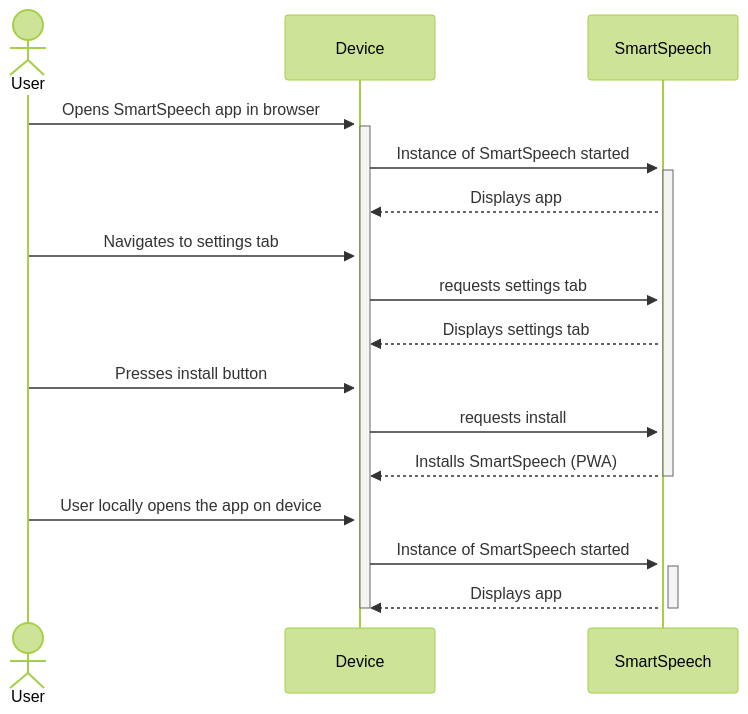
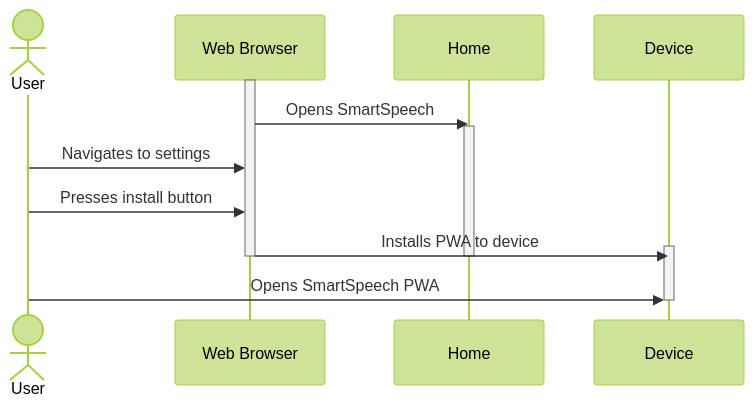
The sixth of 9 diagrams in documentation/docs/system-architecture/SequenceDiagrams.md (Capstone-Projects-2023-Fall/project-smartspeech), drawn with Mermaid (forest theme) before and after one commit. The commit also changed other lines of this file, not shown here.

Commit message:
Update sequence diagrams based on feedback

````diff
--- a/documentation/docs/system-architecture/SequenceDiagrams.md
+++ b/documentation/docs/system-architecture/SequenceDiagrams.md
@@ -282,26 +282,24 @@
 ```mermaid
 sequenceDiagram
-    actor User
-    participant Device
-    participant SmartSpeech
+    actor U as User
+    participant WB as Web Browser
+    participant H as Home
+    participant D as Device
 
-    User->>+Device: Opens SmartSpeech app in browser
-    activate Device
-    Device->>+SmartSpeech: Instance of SmartSpeech started
-    activate SmartSpeech
-    SmartSpeech-->>Device: Displays app
-    User->>Device: Navigates to settings tab
-    Device->>SmartSpeech: requests settings tab
-    SmartSpeech-->>Device: Displays settings tab
-    User->>Device: Presses install button
-    Device->>SmartSpeech: requests install
-    SmartSpeech-->>Device: Installs SmartSpeech (PWA)
-    deactivate SmartSpeech
-    User->>Device: User locally opens the app on device
-    
-    Device->>+SmartSpeech: Instance of SmartSpeech started
-    activate SmartSpeech
-    SmartSpeech-->>Device: Displays app
-    deactivate SmartSpeech
-    deactivate Device
+    activate WB
+
+    WB->>H: Opens SmartSpeech
+    activate H
+
+    U->>WB: Navigates to settings
+    U->>WB: Presses install button
+
+    WB->>D: Installs PWA to device
+    activate D
+
+    deactivate H
+    deactivate WB
+
+    U->>D: Opens SmartSpeech PWA
+    deactivate D
 ```
````
